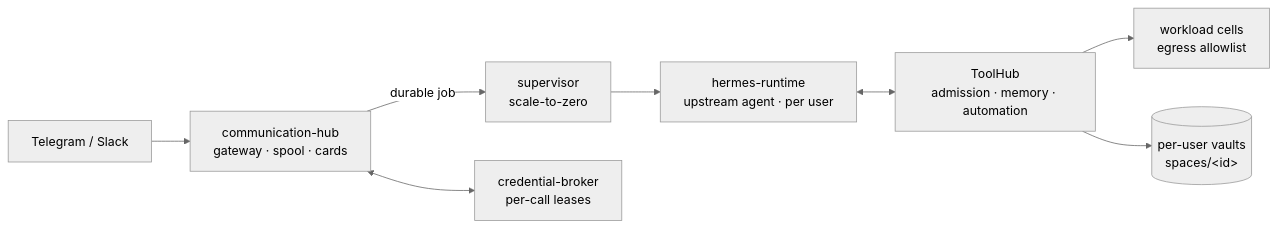
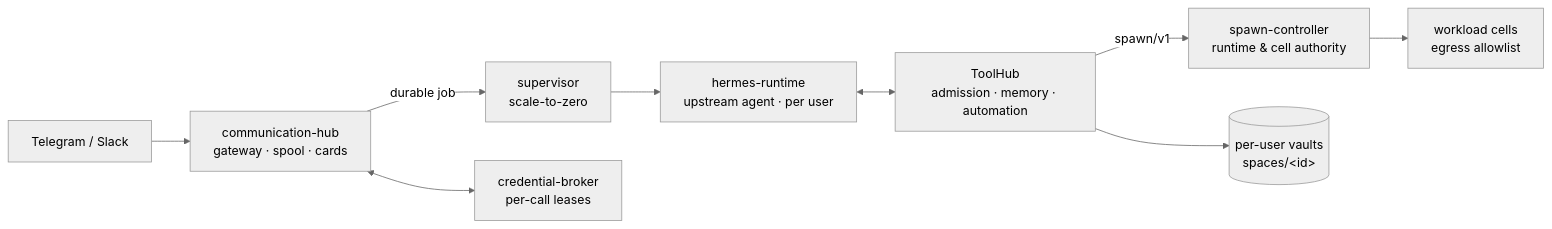
Before and after one commit to letya999/hermes-hub: the diagram in README.md, drawn with Mermaid (neutral theme). The commit also changed 4 other files, not shown here.

Commit message:
docs(chg-0336): spawn-controller in the stack; S7a evidence (CHG-0336 S7a)

````diff
--- a/README.md
+++ b/README.md
@@ -60,10 +60,11 @@
 ```mermaid
 flowchart LR
     TG[Telegram / Slack] --> GW[communication-hub<br/>gateway · spool · cards]
     GW -->|durable job| SV[supervisor<br/>scale-to-zero]
     SV --> RT[hermes-runtime<br/>upstream agent · per user]
     RT <--> TH[ToolHub<br/>admission · memory · automation]
     GW <--> BK[credential-broker<br/>per-call leases]
-    TH --> CELL[workload cells<br/>egress allowlist]
+    TH -->|spawn/v1| SC[spawn-controller<br/>runtime &amp; cell authority]
+    SC --> CELL[workload cells<br/>egress allowlist]
     TH --> VAULT[(per-user vaults<br/>spaces/&lt;id&gt;)]
 ```
````
